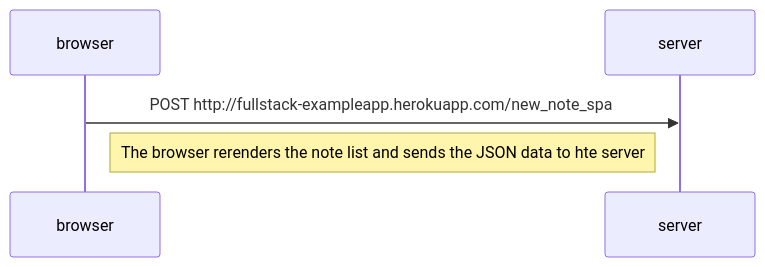
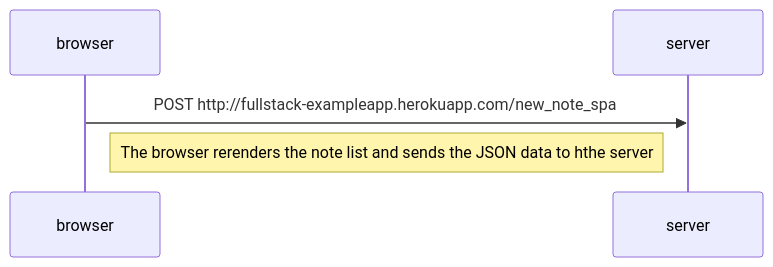
The diagram in part0/0.5singlePageAppDiagram.md (michelleyyin/fullstackopen), drawn with Mermaid before and after one commit.

````diff
--- a/part0/0.5singlePageAppDiagram.md
+++ b/part0/0.5singlePageAppDiagram.md
@@ -1,8 +1,8 @@
 ```mermaid
     sequenceDiagram
         participant browser
         participant server
         
         browser->>server: POST http://fullstack-exampleapp.herokuapp.com/new_note_spa
-Note right of browser: The browser rerenders the note list and sends the JSON data to hte server
+Note right of browser: The browser rerenders the note list and sends the JSON data to hthe server
 ```
````
